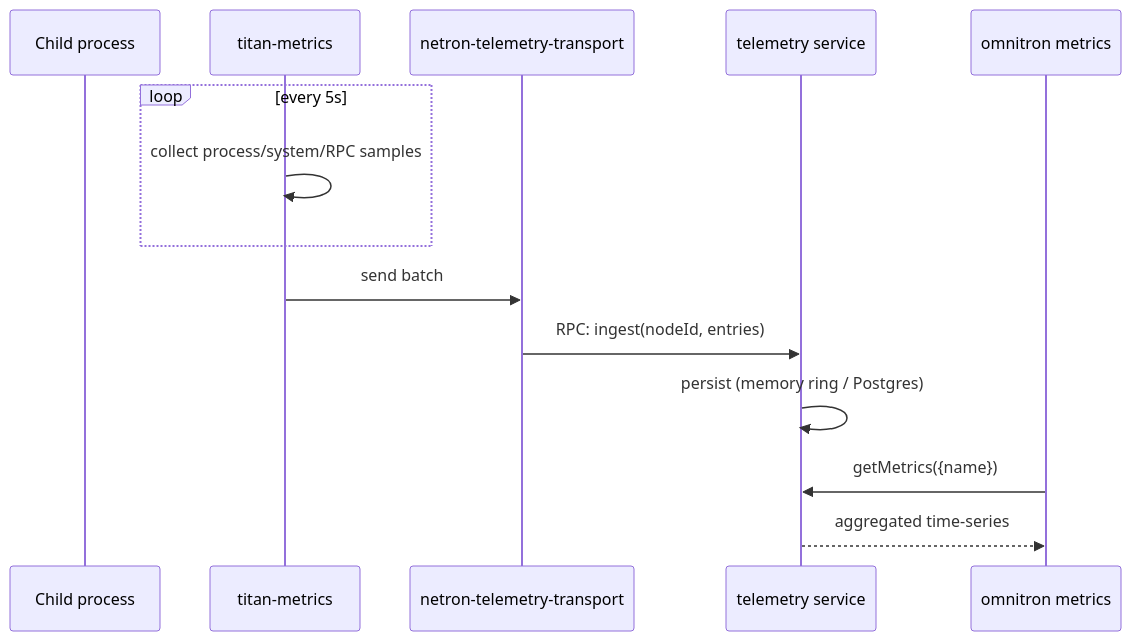
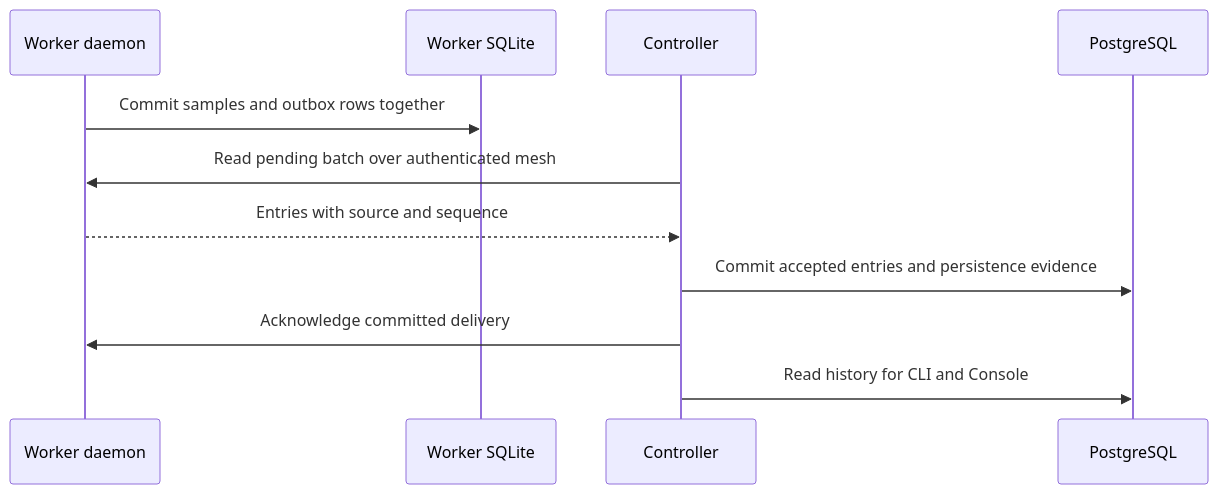
The seventh of 8 diagrams in docs/omnitron/architecture.md (omnitron-dev/website), drawn with Mermaid before and after one commit. The commit also changed other lines of this file and 17 other files, not shown here.

````diff
--- a/docs/omnitron/architecture.md
+++ b/docs/omnitron/architecture.md
@@ -441,17 +440,13 @@
 ```mermaid
 sequenceDiagram
-  participant Child as Child process
-  participant TM as titan-metrics
-  participant Trans as netron-telemetry-transport
-  participant Tel as telemetry service
-  participant CLI as omnitron metrics
-
-  loop every 5s
-    TM->>TM: collect process/system/RPC samples
-  end
-  TM->>Trans: send batch
-  Trans->>Tel: RPC: ingest(nodeId, entries)
-  Tel->>Tel: persist (memory ring / Postgres)
-  CLI->>Tel: getMetrics({name})
-  Tel-->>CLI: aggregated time-series
+  participant W as Worker daemon
+  participant S as Worker SQLite
+  participant C as Controller
+  participant DB as PostgreSQL
+  W->>S: Commit samples and outbox rows together
+  C->>W: Read pending batch over authenticated mesh
+  W-->>C: Entries with source and sequence
+  C->>DB: Commit accepted entries and persistence evidence
+  C->>W: Acknowledge committed delivery
+  C->>DB: Read history for CLI and Console
 ```
````
